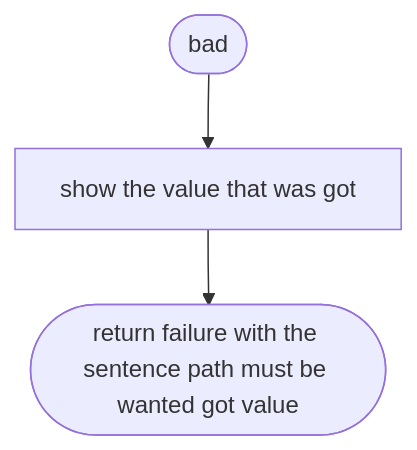
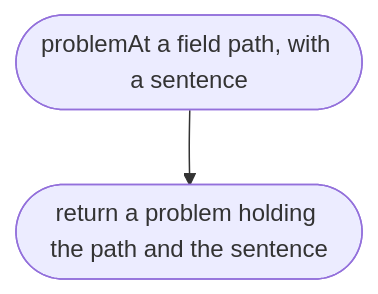
Before and after one commit to NewDara-Star/world-engine: the third of 37 diagrams in docs/designs/src/place/parse.md, drawn with Mermaid. The commit also changed other lines of this file and 9 other files, not shown here.

````diff
--- a/docs/designs/src/place/parse.md
+++ b/docs/designs/src/place/parse.md
@@ -42,8 +51,6 @@
 ```mermaid
 flowchart TD
-  s(["bad"])
-  a["show the value that was got"]
-  b(["return failure with the sentence path must be wanted got value"])
+  s(["problemAt a field path, with a sentence"])
+  a(["return a problem holding the path and the sentence"])
   s --> a
-  a --> b
 ```
````
